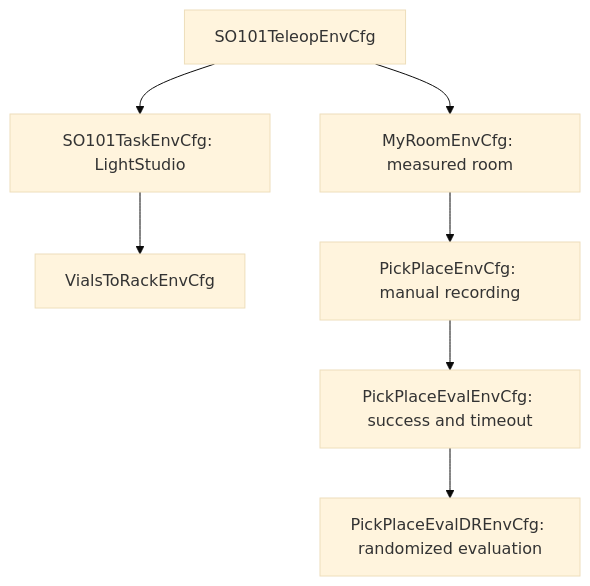
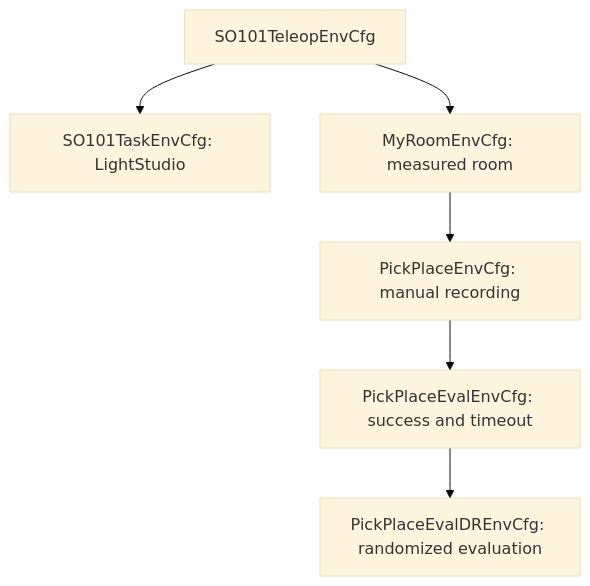
One commit to iampa1teja/Sim-To-Real changed the diagram in docs/03-define-a-task.md. Above: the diagram before and after it, drawn with Mermaid (base theme). The commit also changed other lines of this file and 15 other files, not shown here.

First line of the commit message:
Remove the unused vials-to-rack task

````diff
--- a/docs/03-define-a-task.md
+++ b/docs/03-define-a-task.md
@@ -7,9 +7,8 @@
 ```mermaid
 flowchart TD
   B[SO101TeleopEnvCfg] --> T[SO101TaskEnvCfg: LightStudio]
-  T --> V[VialsToRackEnvCfg]
   B --> M[MyRoomEnvCfg: measured room]
   M --> P[PickPlaceEnvCfg: manual recording]
   P --> E[PickPlaceEvalEnvCfg: success and timeout]
   E --> D[PickPlaceEvalDREnvCfg: randomized evaluation]
 ```
````
